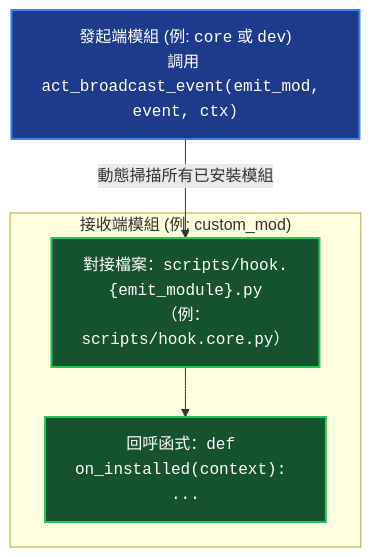
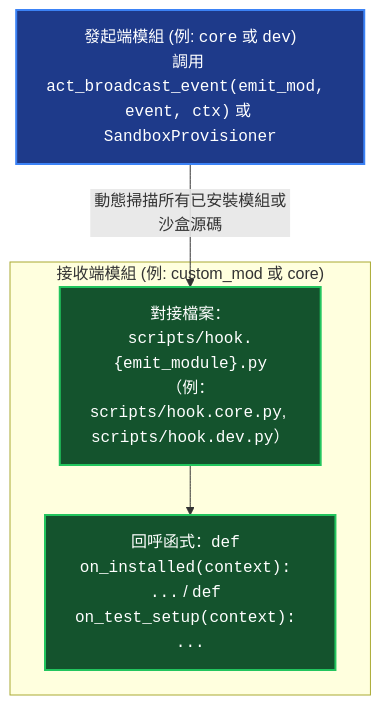
One commit to ysnaive/ys-codebase changed the diagram in docs/core/lifecycle_and_hooks.md. Above: the diagram before and after it, drawn with Mermaid. The commit also changed other lines of this file and 27 other files, not shown here.

Commit message:
feat(dev): polish testing lifecycle with 3-tier CLI & virtual sandbox

````diff
--- a/docs/core/lifecycle_and_hooks.md
+++ b/docs/core/lifecycle_and_hooks.md
@@ -11,15 +11,15 @@
 ```mermaid
 graph TD
     classDef emit fill:#1e3a8a,stroke:#3b82f6,stroke-width:2px,color:#fff;
     classDef recv fill:#14532d,stroke:#22c55e,stroke-width:2px,color:#fff;
 
-    Emitter["發起端模組 (例: <code>core</code> 或 <code>dev</code>)<br/>調用 <code>act_broadcast_event(emit_mod, event, ctx)</code>"]:::emit
+    Emitter["發起端模組 (例: <code>core</code> 或 <code>dev</code>)<br/>調用 <code>act_broadcast_event(emit_mod, event, ctx)</code> 或 <code>SandboxProvisioner</code>"]:::emit
     
-    subgraph Receiver ["接收端模組 (例: custom_mod)"]
-        HookFile["對接檔案：<code>scripts/hook.{emit_module}.py</code><br/>（例：<code>scripts/hook.core.py</code>）"]:::recv
-        Handler["回呼函式：<code>def on_installed(context): ...</code>"]:::recv
+    subgraph Receiver ["接收端模組 (例: custom_mod 或 core)"]
+        HookFile["對接檔案：<code>scripts/hook.{emit_module}.py</code><br/>（例：<code>scripts/hook.core.py</code>, <code>scripts/hook.dev.py</code>）"]:::recv
+        Handler["回呼函式：<code>def on_installed(context): ...</code> / <code>def on_test_setup(context): ...</code>"]:::recv
     end
 
-    Emitter -->|動態掃描所有已安裝模組| HookFile
+    Emitter -->|動態掃描所有已安裝模組或沙盒源碼| HookFile
     HookFile --> Handler
 ```
````
